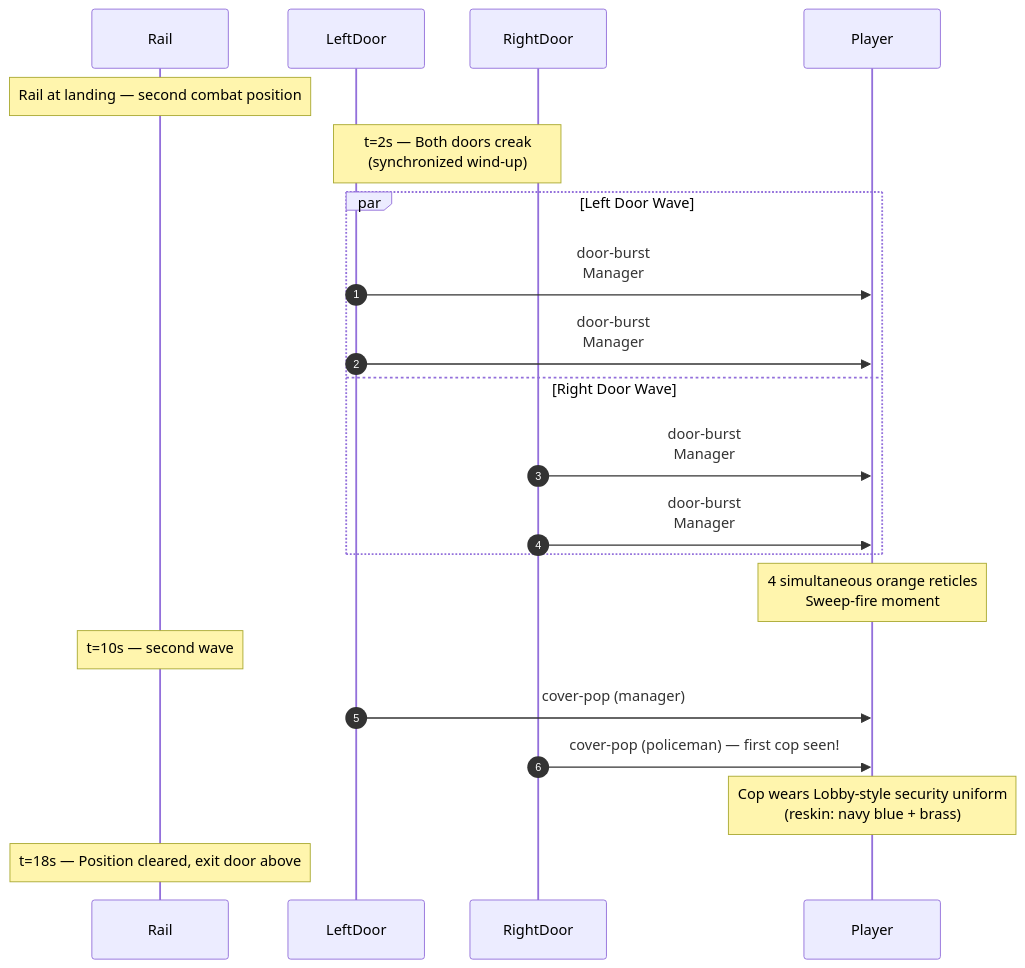
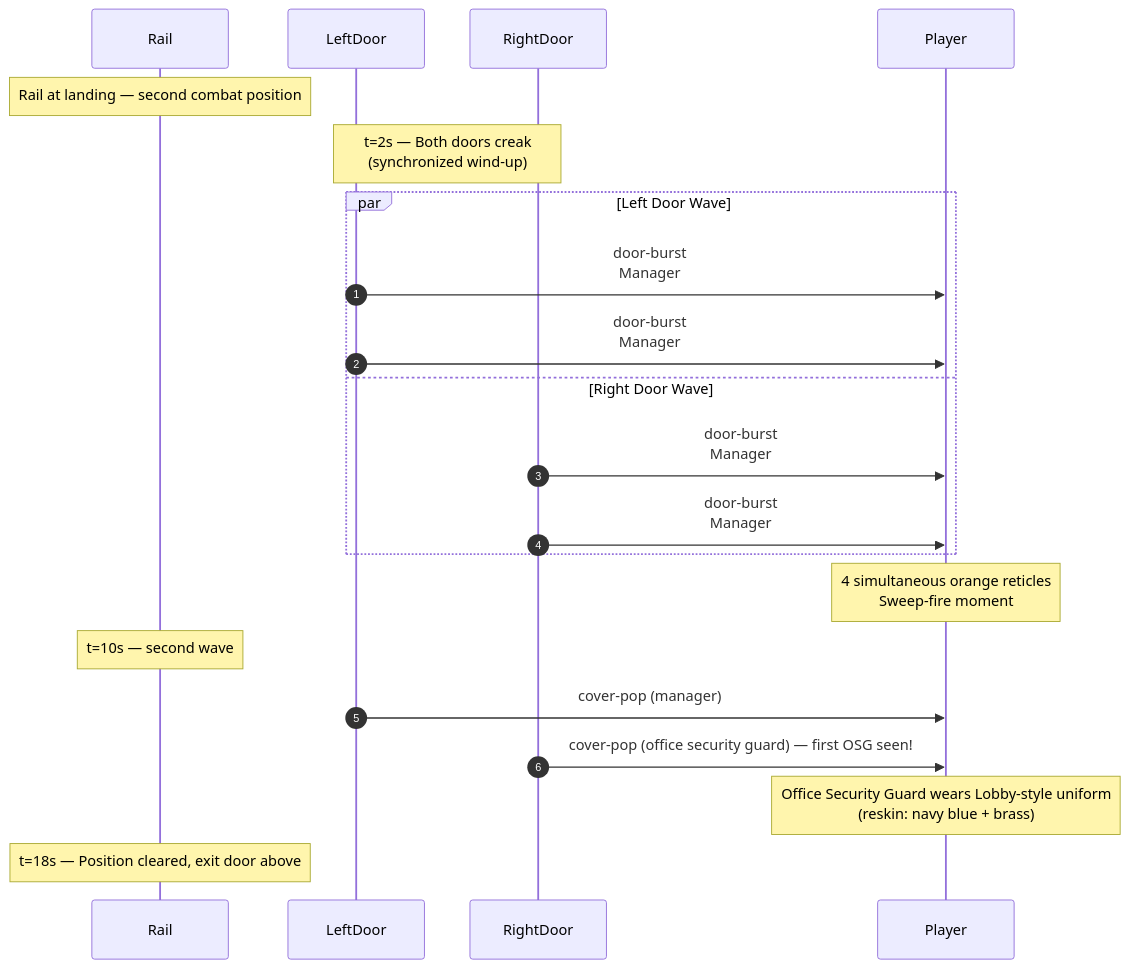
Before and after one commit to arcade-cabinet/department-of-redundancy-department: the third of 3 diagrams in docs/spec/levels/02-stairway-A.md, drawn with Mermaid. The commit also changed other lines of this file and 16 other files, not shown here.

First line of the commit message:
feat(levels): open-plan + lore repurpose (policeman → office security guard, swat → head of security) (#38)

````diff
--- a/docs/spec/levels/02-stairway-A.md
+++ b/docs/spec/levels/02-stairway-A.md
@@ -109,29 +109,29 @@
 ```mermaid
 sequenceDiagram
     autonumber
     participant Rail
     participant LeftDoor
     participant RightDoor
     participant Player
 
     Note over Rail: Rail at landing — second combat position
 
     Note over LeftDoor,RightDoor: t=2s — Both doors creak<br/>(synchronized wind-up)
 
     par Left Door Wave
         LeftDoor->>Player: door-burst<br/>Manager
         LeftDoor->>Player: door-burst<br/>Manager
     and Right Door Wave
         RightDoor->>Player: door-burst<br/>Manager
         RightDoor->>Player: door-burst<br/>Manager
     end
 
     Note over Player: 4 simultaneous orange reticles<br/>Sweep-fire moment
 
     Note over Rail: t=10s — second wave
     LeftDoor->>Player: cover-pop (manager)
-    RightDoor->>Player: cover-pop (policeman) — first cop seen!
-    Note over Player: Cop wears Lobby-style security uniform<br/>(reskin: navy blue + brass)
+    RightDoor->>Player: cover-pop (office security guard) — first OSG seen!
+    Note over Player: Office Security Guard wears Lobby-style uniform<br/>(reskin: navy blue + brass)
 
     Note over Rail: t=18s — Position cleared, exit door above
 ```
````
